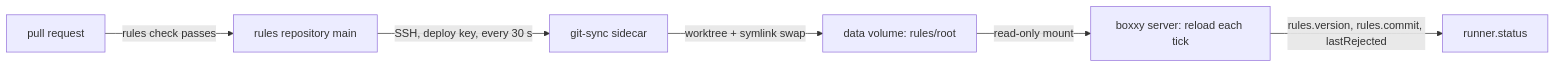
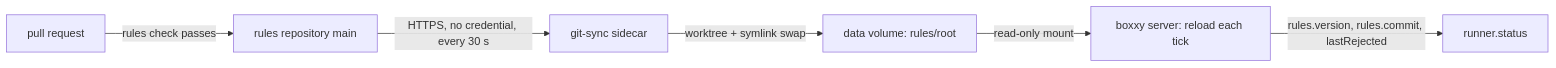
Before and after one commit to zgeoff/boxxy: the diagram in docs/design/boxxy/rules-repository.md, drawn with Mermaid. The commit also changed other lines of this file and 2 other files, not shown here.

Commit message:
docs(design): fetch the public rules repository over https

````diff
--- a/docs/design/boxxy/rules-repository.md
+++ b/docs/design/boxxy/rules-repository.md
@@ -9,8 +9,8 @@
 ```mermaid
 flowchart LR
   pr["pull request"] -->|"rules check passes"| main["rules repository main"]
-  main -->|"SSH, deploy key, every 30 s"| sync["git-sync sidecar"]
+  main -->|"HTTPS, no credential, every 30 s"| sync["git-sync sidecar"]
   sync -->|"worktree + symlink swap"| vol["data volume: rules/root"]
   vol -->|"read-only mount"| server["boxxy server: reload each tick"]
   server -->|"rules.version, rules.commit, lastRejected"| status["runner.status"]
 ```
````
